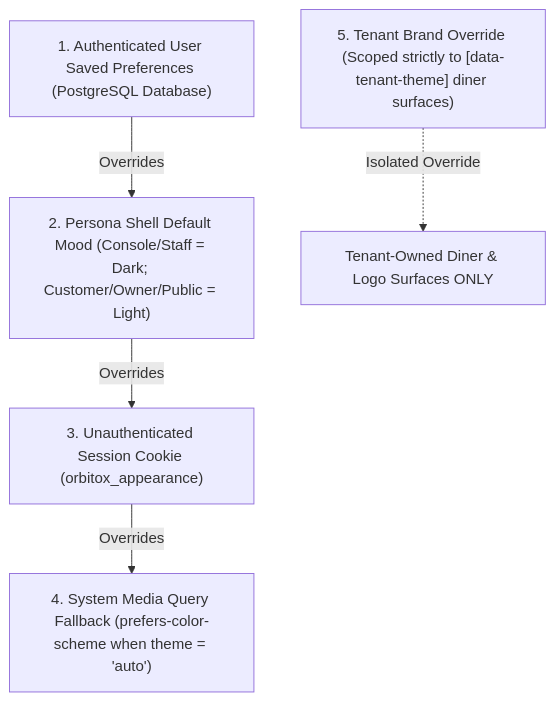
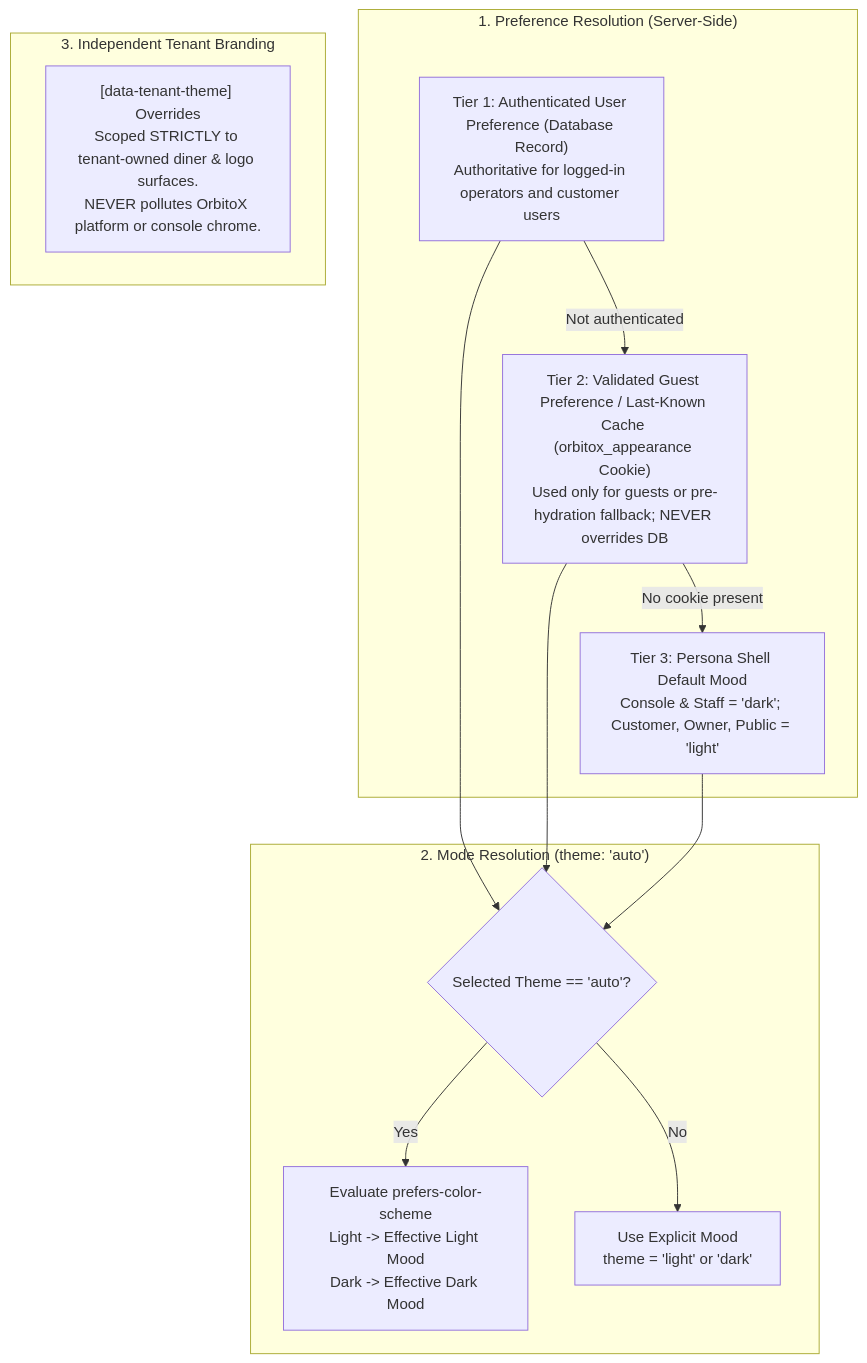
One commit to Nikhil-ig/OrbitoX-Platform changed the second of 4 diagrams in docs/ui-reset/05_PHASE_7B2_THEME_TOKENS_AND_PERSONA_SHELLS.md. Above: the diagram before and after it, drawn with Mermaid. The commit also changed other lines of this file and 1 other file, not shown here.

Commit message:
docs(7B.2): establish revised theme token and persona shell architecture blueprint

````diff
--- a/docs/ui-reset/05_PHASE_7B2_THEME_TOKENS_AND_PERSONA_SHELLS.md
+++ b/docs/ui-reset/05_PHASE_7B2_THEME_TOKENS_AND_PERSONA_SHELLS.md
@@ -129,13 +134,27 @@
 ```mermaid
 flowchart TD
-  T1["1. Authenticated User Saved Preferences (PostgreSQL Database)"]
-  T2["2. Persona Shell Default Mood (Console/Staff = Dark; Customer/Owner/Public = Light)"]
-  T3["3. Unauthenticated Session Cookie (orbitox_appearance)"]
-  T4["4. System Media Query Fallback (prefers-color-scheme when theme = 'auto')"]
-  T5["5. Tenant Brand Override (Scoped strictly to [data-tenant-theme] diner surfaces)"]
+  subgraph PreferenceResolution["1. Preference Resolution (Server-Side)"]
+    Tier1["Tier 1: Authenticated User Preference (Database Record)<br>Authoritative for logged-in operators and customer users"]
+    Tier2["Tier 2: Validated Guest Preference / Last-Known Cache (orbitox_appearance Cookie)<br>Used only for guests or pre-hydration fallback; NEVER overrides DB"]
+    Tier3["Tier 3: Persona Shell Default Mood<br>Console & Staff = 'dark'; Customer, Owner, Public = 'light'"]
 
-  T1 -->|Overrides| T2
-  T2 -->|Overrides| T3
-  T3 -->|Overrides| T4
-  T5 -.->|Isolated Override| S["Tenant-Owned Diner & Logo Surfaces ONLY"]
+    Tier1 -->|Not authenticated| Tier2
+    Tier2 -->|No cookie present| Tier3
+  end
+
+  subgraph ModeResolution["2. Mode Resolution (theme: 'auto')"]
+    AutoCheck{"Selected Theme == 'auto'?"}
+    MediaQuery["Evaluate prefers-color-scheme<br>Light -> Effective Light Mood<br>Dark -> Effective Dark Mood"]
+    DirectMood["Use Explicit Mood<br>theme = 'light' or 'dark'"]
+
+    Tier1 --> AutoCheck
+    Tier2 --> AutoCheck
+    Tier3 --> AutoCheck
+    AutoCheck -->|Yes| MediaQuery
+    AutoCheck -->|No| DirectMood
+  end
+
+  subgraph TenantBranding["3. Independent Tenant Branding"]
+    BrandOverride["[data-tenant-theme] Overrides<br>Scoped STRICTLY to tenant-owned diner & logo surfaces.<br>NEVER pollutes OrbitoX platform or console chrome."]
+  end
 ```
````
